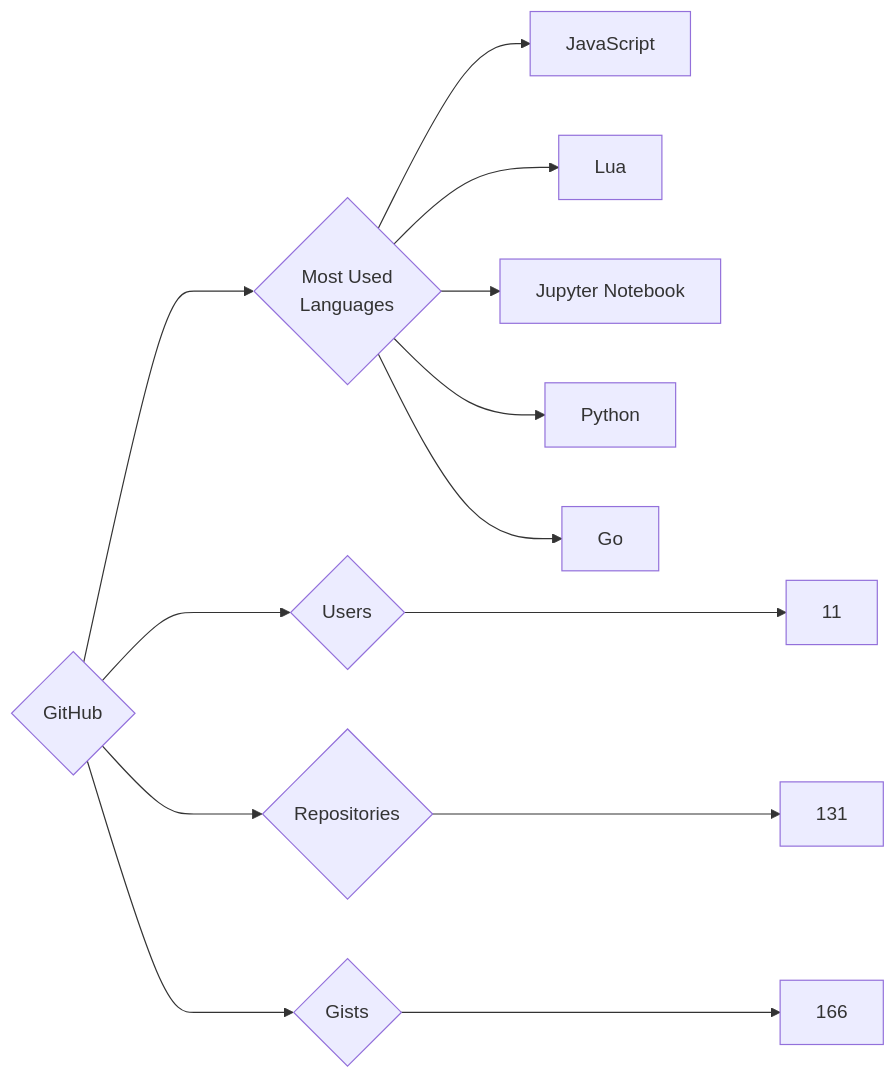
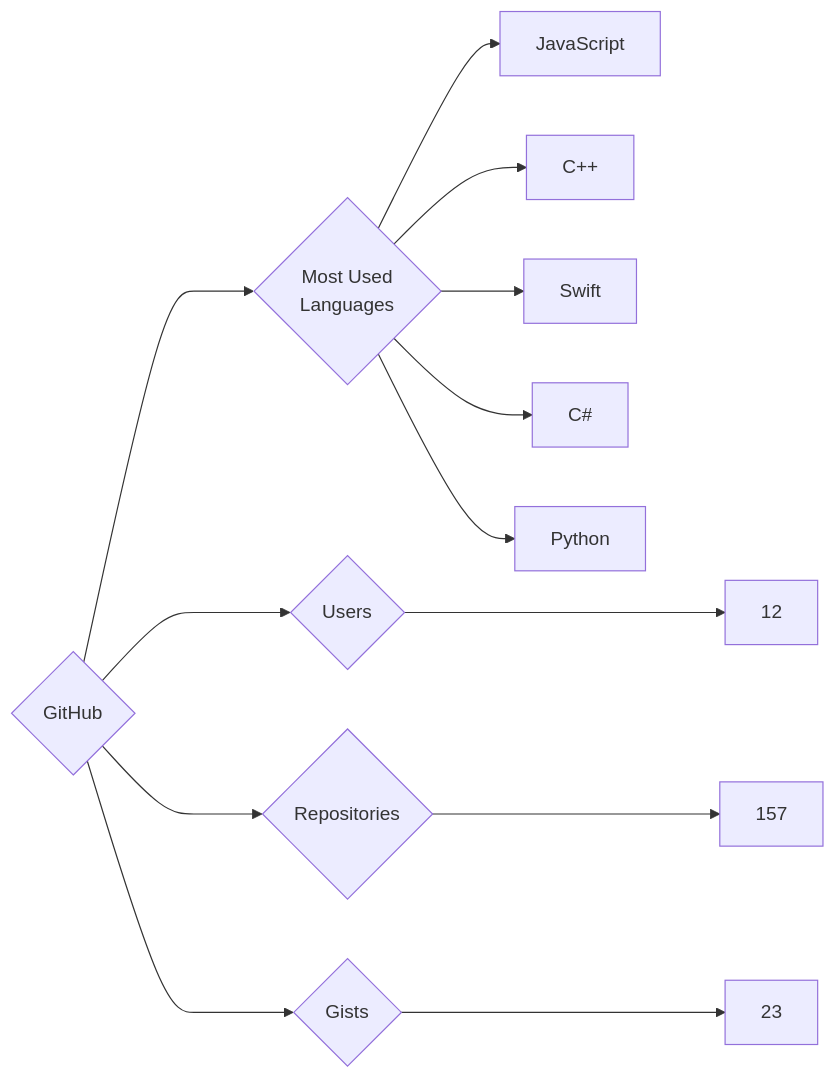
One commit to trickest/insiders changed the diagram in targets/GitHub/README.md. Above: the diagram before and after it, drawn with Mermaid. The commit also changed 1120 other files, not shown here.

````diff
--- a/targets/GitHub/README.md
+++ b/targets/GitHub/README.md
@@ -3,13 +3,13 @@
 ```mermaid
 graph LR
 COMPANY_NAME{GitHub}
-COMPANY_NAME ---> U{Users} ---> UN[11]
-COMPANY_NAME ---> R{Repositories} ---> RN[131]
-COMPANY_NAME ---> G{Gists} ---> GN[166]
+COMPANY_NAME ---> U{Users} ---> UN[12]
+COMPANY_NAME ---> R{Repositories} ---> RN[157]
+COMPANY_NAME ---> G{Gists} ---> GN[23]
 COMPANY_NAME ---> ML{Most Used<br>Languages}
 ML --> JavaScript[JavaScript]
-ML --> Lua[Lua]
-ML --> Jupyter_Notebook[Jupyter Notebook]
+ML --> C++[C++]
+ML --> Swift[Swift]
+ML --> C#[C#]
 ML --> Python[Python]
-ML --> Go[Go]
 ```
````
